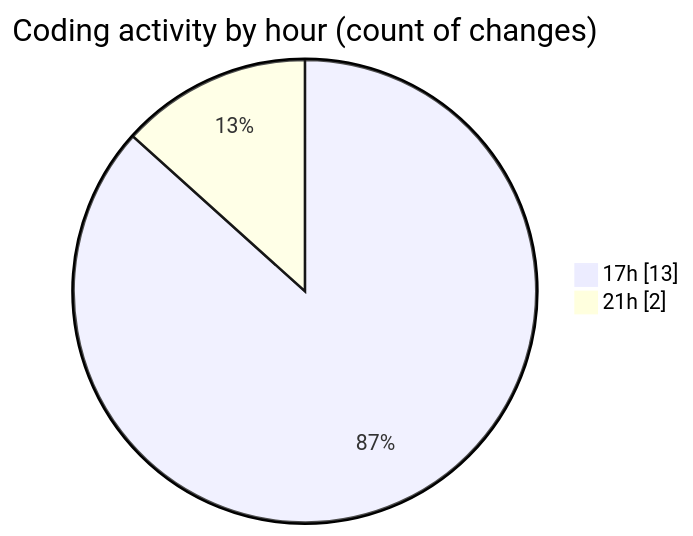
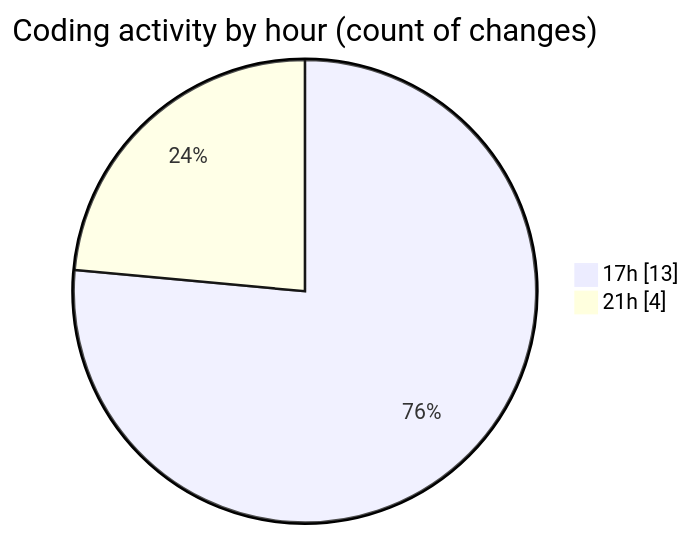
Before and after one commit to Unknowalive/code-tracking: the second of 2 diagrams in 2026-07-03/researchlens/README.md, drawn with Mermaid. The commit also changed other lines of this file and 1 other file, not shown here.

````diff
--- a/2026-07-03/researchlens/README.md
+++ b/2026-07-03/researchlens/README.md
@@ -43,6 +43,6 @@
 ```mermaid
 pie showData
 title Coding activity by hour (count of changes)
 "17h" : 13
-"21h" : 2
+"21h" : 4
 ```
````
